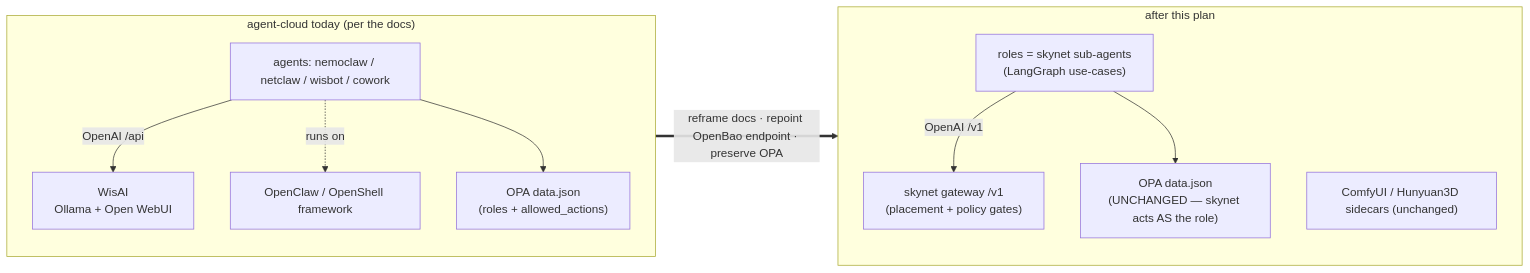
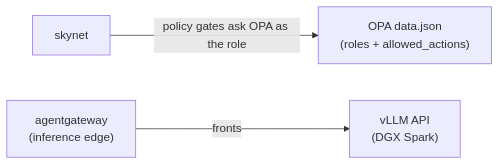
The diagram in plan/development/06-inference-skynet.md (uhstray-io/agent-cloud), drawn with Mermaid before and after one commit. The commit also changed other lines of this file and 1 other file, not shown here.

Commit message:
docs(plans): describe the skynet inference plane in plan 06 and drop the NocoDB/n8n migration from plan 09

````diff
--- a/plan/development/06-inference-skynet.md
+++ b/plan/development/06-inference-skynet.md
@@ -69,17 +28,5 @@
 ```mermaid
 flowchart LR
-  subgraph BEFORE["agent-cloud today (per the docs)"]
-    direction TB
-    a1["agents: nemoclaw / netclaw / wisbot / cowork"] -->|OpenAI /api| w["WisAI<br/>Ollama + Open WebUI"]
-    a1 -.runs on.-> oc["OpenClaw / OpenShell framework"]
-    a1 --> opaB["OPA data.json<br/>(roles + allowed_actions)"]
-  end
-  subgraph AFTER["after this plan"]
-    direction TB
-    sk["skynet gateway /v1<br/>(placement + policy gates)"]
-    rolesA["roles = skynet sub-agents<br/>(LangGraph use-cases)"] -->|OpenAI /v1| sk
-    rolesA --> opaA["OPA data.json<br/>(UNCHANGED — skynet acts AS the role)"]
-    sid["ComfyUI / Hunyuan3D sidecars (unchanged)"]
-  end
-  BEFORE ==>|"reframe docs · repoint OpenBao endpoint · preserve OPA"| AFTER
+  sk["skynet"] -->|policy gates ask OPA as the role| opa["OPA data.json<br/>(roles + allowed_actions)"]
+  agw["agentgateway<br/>(inference edge)"] -->|fronts| vllm["vLLM API<br/>(DGX Spark)"]
 ```
````
